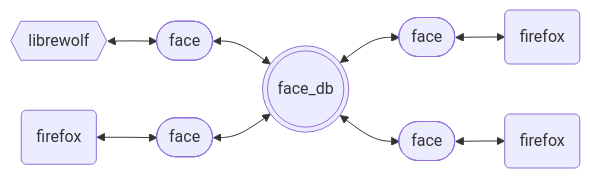
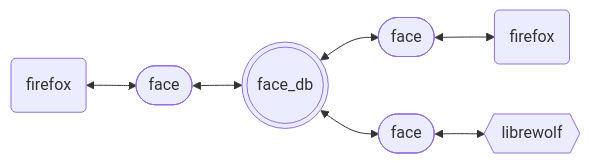
One commit to 198thread/lineup changed the third of 4 diagrams in README.md. Above: the diagram before and after it, drawn with Mermaid.

Commit message:
Update README.md
updated mermaid diagram, to remove complexity

````diff
--- a/README.md
+++ b/README.md
@@ -42,11 +42,9 @@
 ```mermaid
 graph LR;
     A(((face_db))) <--> B([face])
     B <--> E(firefox)
-    D{{librewolf}} <--> C
-    C([face]) <--> A
     A <--> F([face])
-    F <--> G(firefox)
+    F <--> G{{librewolf}}
     H(firefox) <--> I([face])
     I <--> A
 ```
````
